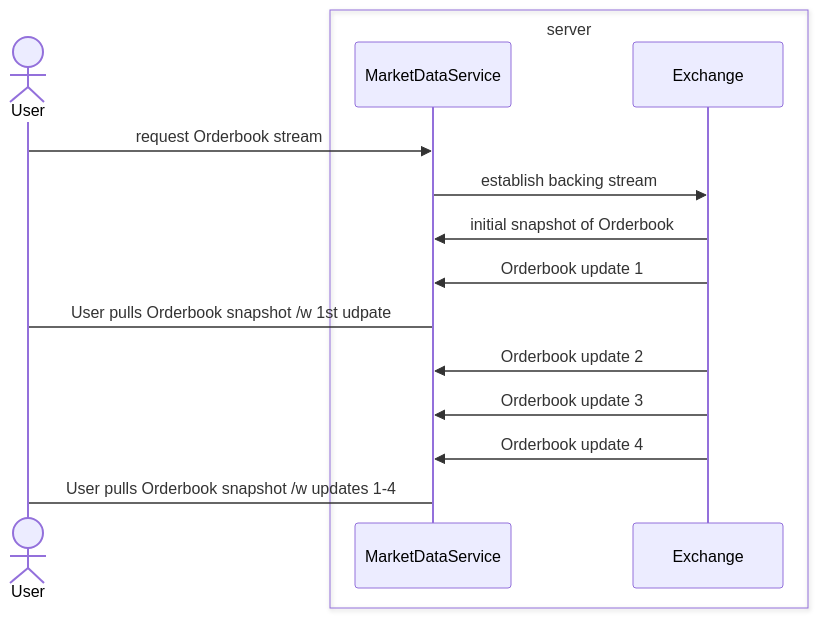
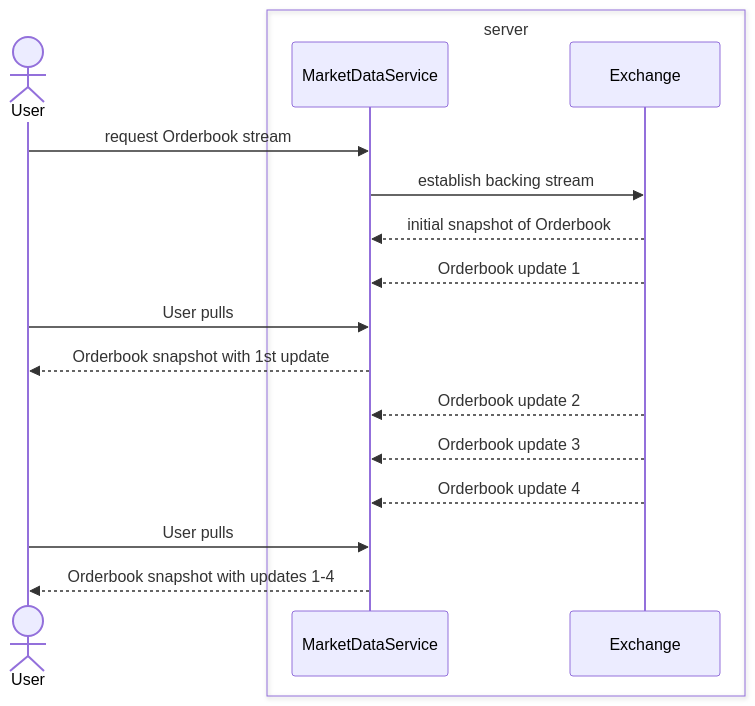
The third of 3 diagrams in README.md (koutsoulis/CryptoFeedAggregator), drawn with Mermaid before and after one commit. The commit also changed other lines of this file, not shown here.

````diff
--- a/README.md
+++ b/README.md
@@ -55,18 +59,20 @@
 ```mermaid
 sequenceDiagram
     actor User
     box server
     participant MarketDataService
     participant Exchange
     end
     User ->> MarketDataService: request Orderbook stream
     MarketDataService ->> Exchange: establish backing stream
-    Exchange ->> MarketDataService: initial snapshot of Orderbook
-    Exchange ->> MarketDataService: Orderbook update 1
-    MarketDataService -> User: User pulls Orderbook snapshot /w 1st udpate
-    Exchange ->> MarketDataService: Orderbook update 2
-    Exchange ->> MarketDataService: Orderbook update 3
-    Exchange ->> MarketDataService: Orderbook update 4
-    MarketDataService -> User: User pulls Orderbook snapshot /w updates 1-4
+    Exchange -->> MarketDataService: initial snapshot of Orderbook
+    Exchange -->> MarketDataService: Orderbook update 1
+    User ->> MarketDataService: User pulls
+    MarketDataService -->> User: Orderbook snapshot with 1st update
+    Exchange -->> MarketDataService: Orderbook update 2
+    Exchange -->> MarketDataService: Orderbook update 3
+    Exchange -->> MarketDataService: Orderbook update 4
+    User ->> MarketDataService: User pulls
+    MarketDataService -->> User: Orderbook snapshot with updates 1-4
     activate Exchange
 ```
````
